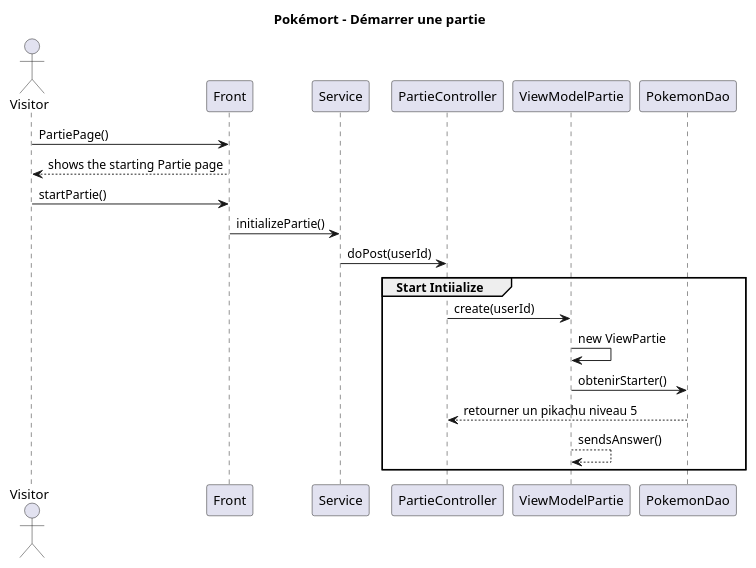
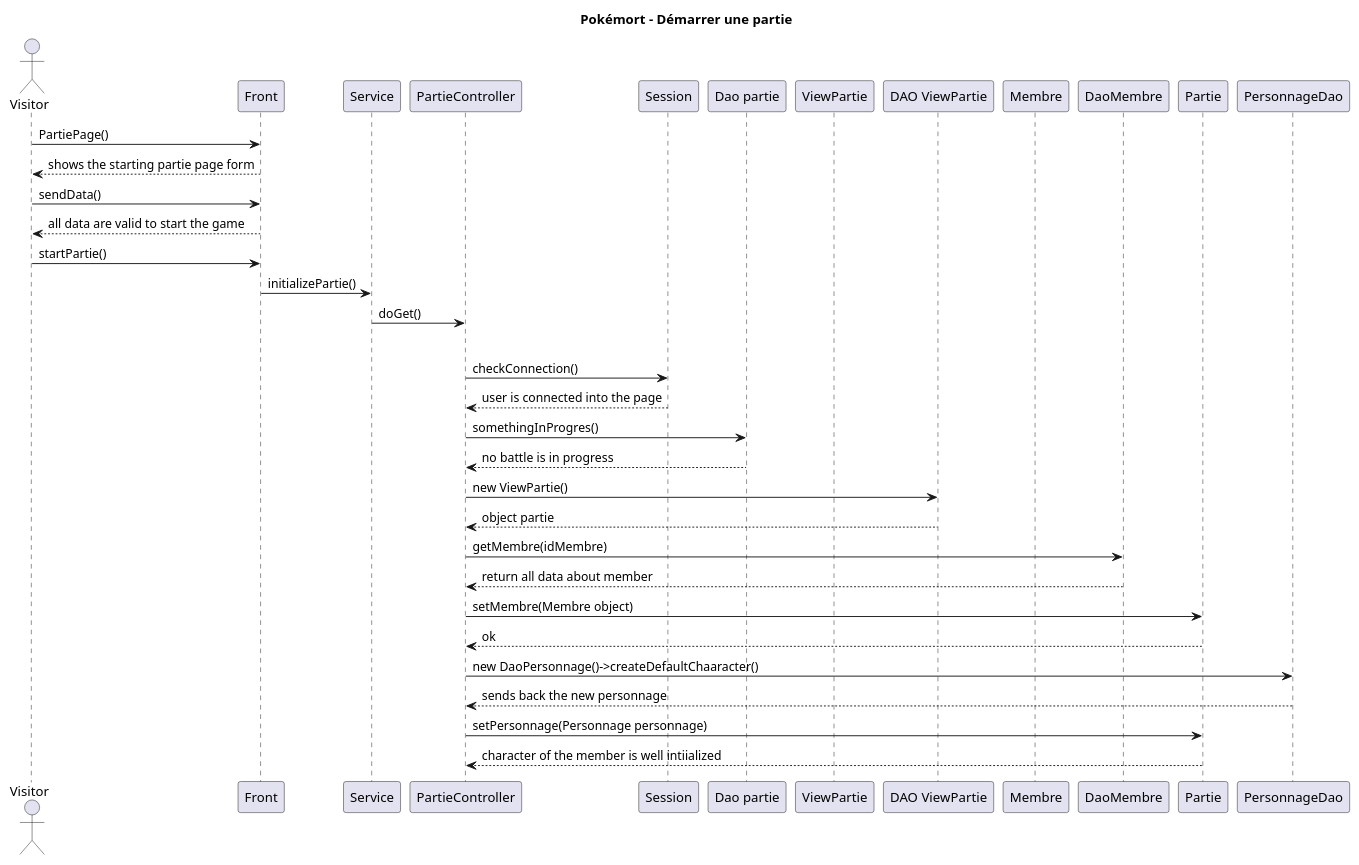
The diagram in documents/merise/uml/sequences/user/StartAdventure/StartAdventure.wsd (cedwics10/pokemort), drawn with PlantUML before and after one commit.

Commit message:
Sequences - diagramme de séquence démarrer partie en progression

```diff
--- a/documents/merise/uml/sequences/user/StartAdventure/StartAdventure.wsd
+++ b/documents/merise/uml/sequences/user/StartAdventure/StartAdventure.wsd
@@ -1,23 +1,47 @@
 @startuml
 title Pokémort - Démarrer une partie
 
 actor Visitor
 participant "Front" as Front
 participant "Service" as ServicePartie
 participant "PartieController" as PartieCtrl
-participant "ViewModelPartie" as DaoViewPartie
+
+participant "Session" as Session
+
+participant "Dao partie" as PartieDao
+
+participant "ViewPartie" as ViewPartie
+
+participant "DAO ViewPartie" as DaoViewPartie
+
+participant "Membre" as Membre
 
 
 Visitor -> Front : PartiePage()
-Front --> Visitor : shows the starting Partie page
+Front --> Visitor : shows the starting partie page form
+Visitor -> Front : sendData()
+Front --> Visitor : all data are valid to start the game
 Visitor -> Front : startPartie()
 Front -> ServicePartie : initializePartie()
-ServicePartie -> PartieCtrl : doPost(userId)
-group Start Intiialize
-PartieCtrl -> DaoViewPartie : create(userId)
-DaoViewPartie -> DaoViewPartie : new ViewPartie
-DaoViewPartie -> PokemonDao : obtenirStarter()
-PokemonDao --> PartieCtrl : retourner un pikachu niveau 5
-DaoViewPartie --> DaoViewPartie  : sendsAnswer() 
-end
+ServicePartie -> PartieCtrl : doGet()
+group Start Succesfull initialization
+PartieCtrl -> Session : checkConnection()
+Session --> PartieCtrl : user is connected into the page
+PartieCtrl -> PartieDao : somethingInProgres()
+PartieDao --> PartieCtrl : no battle is in progress
+PartieCtrl -> DaoViewPartie : new ViewPartie() 
+DaoViewPartie --> PartieCtrl : object partie
+
+PartieCtrl -> DaoMembre : getMembre(idMembre)
+DaoMembre --> PartieCtrl : return all data about member
+PartieCtrl -> Partie : setMembre(Membre object)
+Partie --> PartieCtrl  : ok
+
+PartieCtrl -> PersonnageDao : new DaoPersonnage()->createDefaultChaaracter()
+PersonnageDao --> PartieCtrl : sends back the new personnage
+PartieCtrl -> Partie : setPersonnage(Personnage personnage)
+Partie --> PartieCtrl  : character of the member is well intiialized
+
+
+
 @enduml
```
